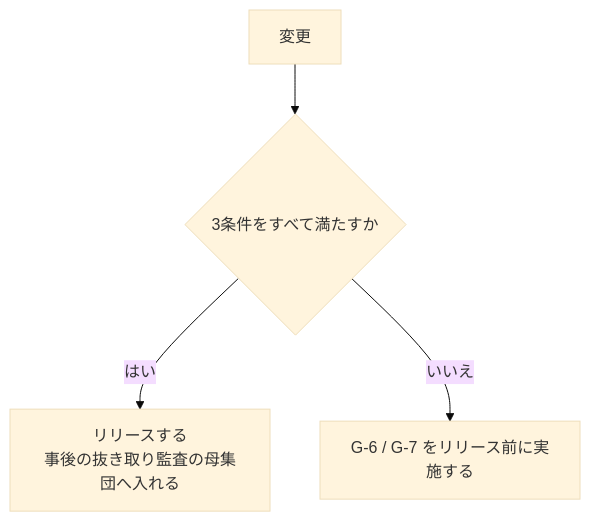
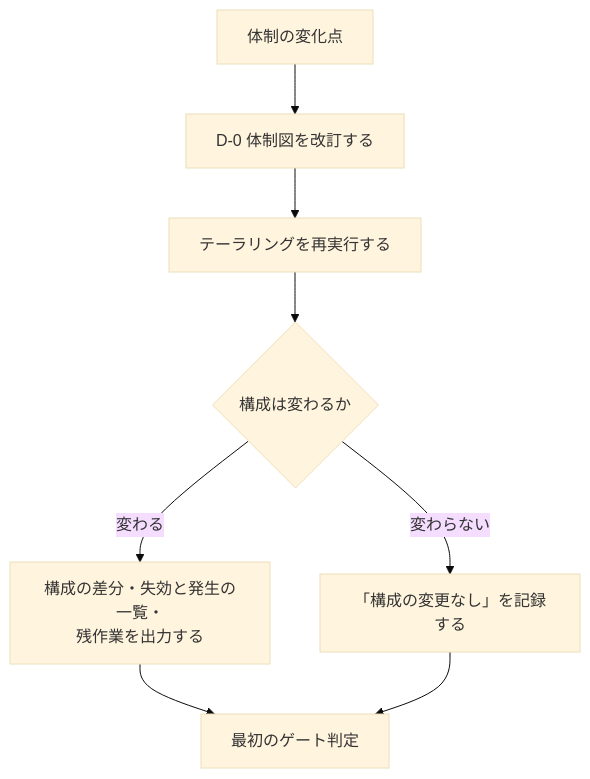
The first of 2 diagrams in src/content/docs/phase4-process-design/tailoring-guide.md (Takenori-Kusaka/process-compass), drawn with Mermaid (base theme) before and after one commit. The commit also changed other lines of this file and 65 other files, not shown here.

````diff
--- a/src/content/docs/phase4-process-design/tailoring-guide.md
+++ b/src/content/docs/phase4-process-design/tailoring-guide.md
@@ -108,6 +32,10 @@
 ```mermaid
 graph TD
-  A["変更"] --> B{"3条件をすべて満たすか"}
-  B -->|はい| C["リリースする<br>事後の抜き取り監査の母集団へ入れる"]
-  B -->|いいえ| D["G-6 / G-7 をリリース前に実施する"]
+  A["体制の変化点"] --> B["D-0 体制図を改訂する"]
+  B --> C["テーラリングを再実行する"]
+  C --> D{"構成は変わるか"}
+  D -->|変わる| E["構成の差分・失効と発生の一覧・<br>残作業を出力する"]
+  D -->|変わらない| F["「構成の変更なし」を記録する"]
+  E --> G["最初のゲート判定"]
+  F --> G
 ```
````
